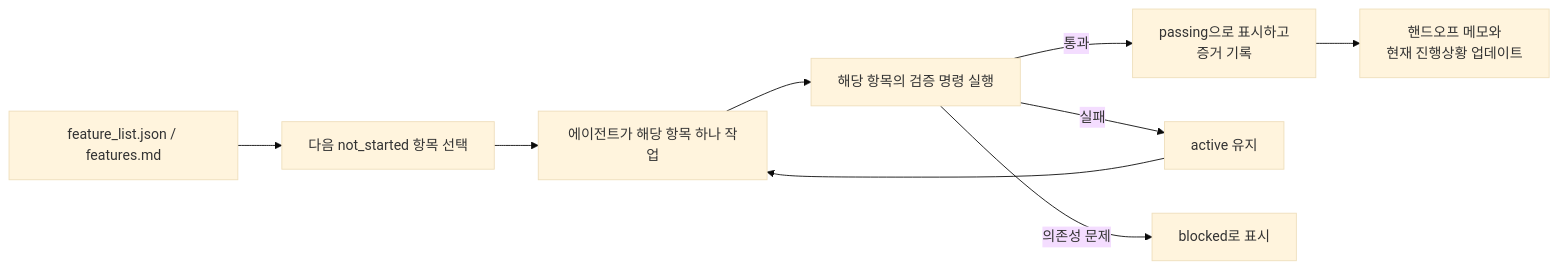
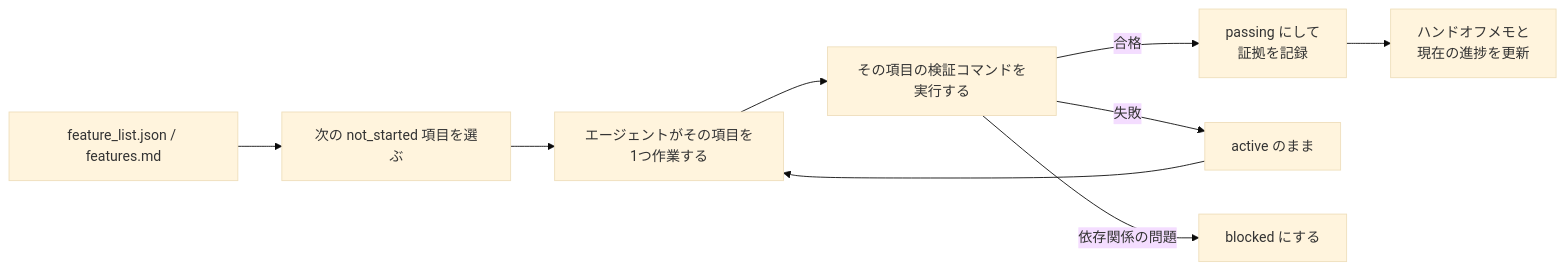
Before and after one commit to mkusaka/learn-harness-engineering: the second of 2 diagrams in docs/ko/lectures/lecture-08-why-feature-lists-are-harness-primitives/index.md, drawn with Mermaid (base theme). The commit also changed other lines of this file and 571 other files, not shown here.

````diff
--- a/docs/ko/lectures/lecture-08-why-feature-lists-are-harness-primitives/index.md
+++ b/docs/ko/lectures/lecture-08-why-feature-lists-are-harness-primitives/index.md
@@ -40,11 +40,11 @@
 ```mermaid
 flowchart LR
-    List["feature_list.json / features.md"] --> Scheduler["다음 not_started 항목 선택"]
-    Scheduler --> Agent["에이전트가 해당 항목 하나 작업"]
-    Agent --> Verifier["해당 항목의 검증 명령 실행"]
-    Verifier -->|통과| Passing["passing으로 표시하고<br/>증거 기록"]
-    Verifier -->|실패| Active["active 유지"]
-    Verifier -->|의존성 문제| Blocked["blocked로 표시"]
-    Passing --> Handoff["핸드오프 메모와<br/>현재 진행상황 업데이트"]
+    List["feature_list.json / features.md"] --> Scheduler["次の not_started 項目を選ぶ"]
+    Scheduler --> Agent["エージェントがその項目を1つ作業する"]
+    Agent --> Verifier["その項目の検証コマンドを実行する"]
+    Verifier -->|合格| Passing["passing にして<br/>証拠を記録"]
+    Verifier -->|失敗| Active["active のまま"]
+    Verifier -->|依存関係の問題| Blocked["blocked にする"]
+    Passing --> Handoff["ハンドオフメモと<br/>現在の進捗を更新"]
     Active --> Agent
 ```
````
